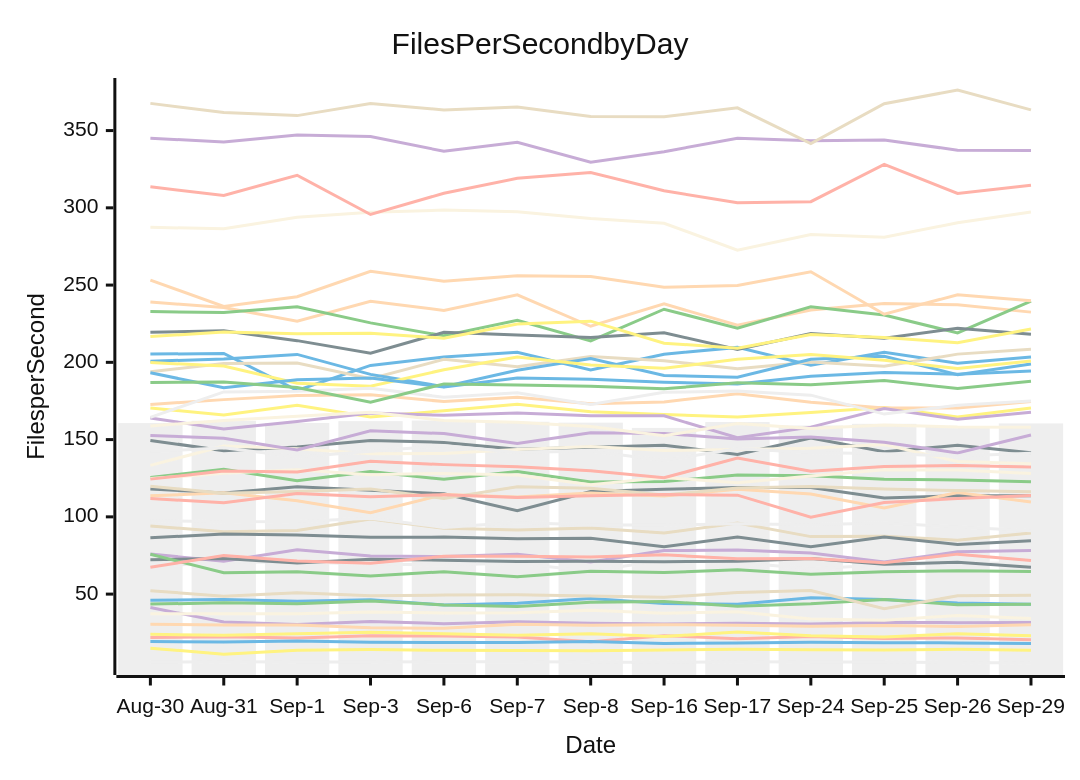
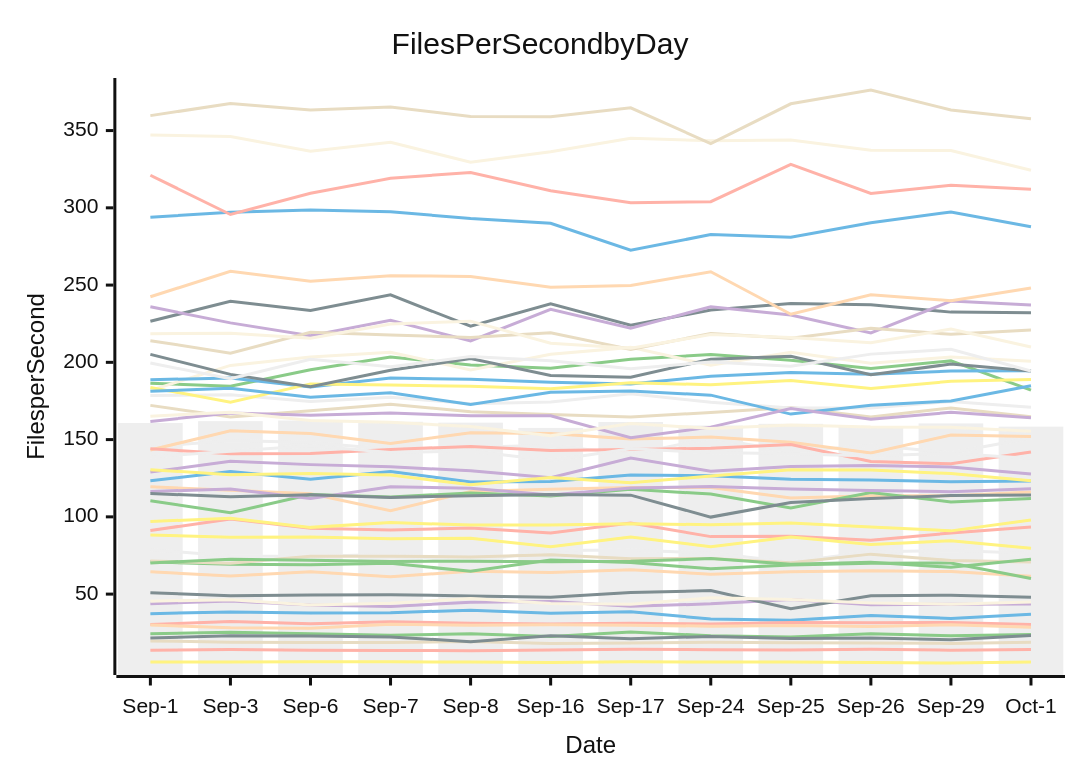
One commit to streetsidesoftware/cspell changed the diagram in perf-report.md. Above: the diagram before and after it, drawn with Mermaid (neutral theme). The commit also changed other lines of this file and 1 other file, not shown here.

````diff
--- a/perf-report.md
+++ b/perf-report.md
@@ -10,57 +10,57 @@
 ```mermaid
 xychart-beta
     title Files Per Second by Day
     y-axis Files per Second
-    x-axis Date [Aug-30, Aug-31, Sep-1, Sep-3, Sep-6, Sep-7, Sep-8, Sep-16, Sep-17, Sep-24, Sep-25, Sep-26, Sep-29]
-    bar [160.67, 162.16, 160.72, 161.93, 162.34, 161.56, 160.97, 157.55, 161.35, 159.12, 160.20, 158.85, 160.46]
-    line [46.05, 46.44, 45.45, 46.41, 42.91, 44.10, 47.18, 43.88, 43.41, 47.56, 46.43, 44.28, 43.43]
-    line [43.55, 44.33, 43.81, 45.60, 43.01, 41.97, 44.80, 45.26, 42.13, 43.68, 46.57, 43.13, 43.45]
-    line [41.27, 31.95, 30.26, 32.20, 30.88, 32.09, 31.08, 30.60, 31.19, 30.72, 31.67, 31.52, 31.59]
-    line [52.21, 48.60, 50.89, 48.97, 49.35, 49.58, 48.85, 47.97, 51.02, 52.29, 40.48, 48.89, 49.28]
-    line [21.90, 22.46, 21.60, 23.03, 22.85, 22.27, 19.18, 23.11, 21.10, 22.62, 21.27, 21.60, 20.47]
-    line [15.00, 11.10, 13.64, 14.09, 13.63, 13.57, 13.40, 13.81, 14.35, 14.04, 13.83, 14.23, 13.74]
-    line [118.01, 115.40, 119.50, 117.17, 114.93, 104.04, 116.42, 117.89, 118.96, 119.04, 112.27, 113.64, 113.59]
-    line [113.59, 115.52, 110.36, 102.65, 114.46, 112.83, 115.47, 113.56, 117.79, 114.76, 105.80, 115.76, 109.67]
-    line [287.37, 286.48, 293.90, 297.13, 298.52, 297.48, 293.09, 290.03, 272.63, 282.67, 280.96, 290.36, 297.31]
-    line [68.00, 70.47, 70.89, 69.29, 68.94, 69.89, 64.77, 72.12, 70.50, 66.34, 68.88, 70.01, 70.14]
-    line [19.29, 19.08, 19.71, 18.88, 18.65, 18.65, 19.33, 18.07, 18.42, 18.78, 18.52, 18.42, 18.07]
-    line [125.51, 130.73, 123.39, 129.29, 124.27, 129.39, 122.55, 122.88, 127.08, 126.63, 124.32, 123.86, 122.76]
-    line [75.97, 71.20, 78.69, 74.68, 74.33, 75.84, 70.78, 78.20, 78.52, 76.56, 70.74, 77.36, 78.18]
-    line [94.03, 90.40, 91.22, 98.55, 92.55, 91.52, 92.79, 89.51, 95.95, 87.21, 87.42, 84.85, 89.53]
-    line [313.60, 308.04, 321.08, 295.70, 309.43, 319.09, 322.91, 311.02, 303.26, 304.00, 328.11, 309.34, 314.63]
-    line [170.42, 165.85, 172.14, 164.57, 168.71, 172.84, 167.97, 166.22, 164.57, 167.61, 170.71, 164.68, 170.44]
-    line [72.24, 73.05, 70.19, 72.55, 71.94, 71.15, 71.34, 71.01, 71.23, 73.00, 69.32, 70.55, 67.39]
-    line [239.06, 235.45, 226.56, 239.54, 233.61, 243.66, 223.35, 237.82, 223.98, 233.86, 238.09, 237.21, 232.50]
-    line [37.24, 37.32, 37.33, 38.42, 37.82, 37.98, 39.62, 37.64, 38.51, 33.90, 33.12, 36.15, 34.22]
-    line [97.65, 96.80, 96.99, 99.11, 93.19, 96.28, 94.70, 94.66, 95.59, 94.92, 96.04, 93.49, 90.93]
-    line [205.32, 205.73, 181.85, 198.01, 203.39, 206.55, 195.11, 205.27, 209.68, 198.18, 206.47, 199.39, 203.39]
-    line [75.82, 63.83, 64.49, 61.65, 64.50, 61.26, 64.86, 63.96, 65.83, 62.91, 64.44, 65.18, 64.56]
-    line [345.07, 342.66, 347.17, 346.14, 336.60, 342.41, 329.55, 336.36, 345.01, 343.35, 343.97, 337.30, 337.13]
-    line [193.96, 199.31, 199.53, 189.39, 201.97, 197.12, 203.70, 201.07, 195.90, 200.29, 197.49, 205.32, 208.45]
-    line [67.44, 74.93, 71.42, 69.97, 74.43, 74.58, 74.02, 75.50, 72.83, 73.03, 70.23, 75.87, 71.80]
-    line [23.95, 23.30, 24.27, 25.24, 24.42, 23.30, 24.35, 22.54, 25.54, 23.00, 22.21, 24.38, 23.05]
-    line [149.48, 142.85, 145.28, 149.46, 148.18, 143.83, 145.01, 146.41, 140.36, 151.00, 142.17, 146.26, 141.54]
-    line [172.74, 175.87, 178.56, 179.08, 174.59, 177.44, 173.15, 174.36, 179.74, 174.18, 170.43, 170.45, 174.63]
-    line [124.76, 128.19, 130.51, 127.29, 128.13, 127.03, 120.72, 125.41, 122.07, 126.43, 130.53, 130.33, 127.99]
-    line [6.04, 6.23, 6.06, 6.09, 6.20, 6.14, 6.11, 5.78, 6.14, 6.07, 5.98, 5.68, 5.41]
-    line [200.77, 202.09, 205.14, 192.22, 184.22, 194.88, 202.40, 191.56, 190.37, 202.02, 203.87, 192.01, 198.88]
-    line [232.86, 232.26, 235.92, 225.53, 217.15, 227.16, 213.82, 234.37, 222.15, 235.99, 230.67, 219.04, 239.66]
-    line [163.99, 156.90, 161.76, 167.23, 165.73, 167.27, 165.39, 165.37, 151.18, 158.06, 170.07, 163.11, 167.69]
-    line [119.80, 115.33, 116.38, 118.04, 111.85, 119.40, 118.51, 114.20, 118.71, 119.64, 118.05, 116.99, 116.24]
-    line [124.42, 129.63, 128.97, 135.94, 133.80, 132.37, 129.87, 125.28, 138.07, 129.51, 132.51, 133.16, 132.31]
-    line [199.85, 197.57, 186.50, 184.53, 195.23, 203.47, 198.25, 196.22, 201.98, 205.02, 201.39, 195.94, 200.94]
-    line [219.42, 220.41, 214.04, 205.97, 219.44, 217.73, 216.08, 219.15, 208.36, 218.68, 215.66, 222.06, 218.14]
-    line [30.45, 30.07, 29.95, 28.16, 27.92, 30.43, 29.89, 30.21, 29.92, 29.23, 29.70, 28.98, 30.17]
-    line [133.31, 145.80, 144.08, 140.79, 141.02, 143.66, 145.59, 142.94, 143.60, 144.39, 146.81, 135.80, 134.31]
-    line [164.43, 180.88, 181.23, 183.21, 177.43, 180.28, 172.77, 180.61, 181.38, 178.77, 166.50, 172.24, 175.00]
-    line [193.26, 183.54, 188.75, 189.86, 184.03, 189.81, 189.01, 187.14, 185.91, 190.99, 193.37, 192.37, 194.39]
-    line [186.94, 187.25, 183.77, 174.20, 186.05, 185.31, 184.47, 182.86, 186.84, 185.48, 188.32, 183.01, 187.77]
-    line [152.71, 150.80, 143.28, 155.69, 153.87, 147.46, 154.39, 153.96, 150.40, 151.64, 148.32, 141.41, 152.96]
-    line [367.60, 361.65, 359.68, 367.46, 363.32, 365.30, 359.11, 358.89, 364.75, 341.57, 367.34, 376.26, 363.37]
-    line [111.83, 109.19, 115.12, 112.97, 114.35, 112.51, 113.70, 114.44, 114.03, 99.84, 109.30, 111.81, 113.74]
-    line [216.69, 219.64, 218.57, 218.78, 215.63, 224.82, 226.65, 212.42, 209.15, 217.97, 216.10, 212.71, 221.60]
-    line [86.47, 88.91, 88.27, 86.74, 86.90, 85.78, 86.18, 80.59, 86.98, 80.71, 87.03, 82.08, 84.54]
-    line [253.25, 236.21, 242.44, 258.87, 252.44, 256.07, 255.58, 248.63, 249.79, 258.60, 231.14, 243.74, 239.90]
-    line [158.84, 162.35, 165.15, 167.75, 162.42, 161.26, 158.45, 152.45, 160.47, 157.19, 159.48, 158.08, 158.04]
-    line [142.25, 144.70, 138.76, 142.53, 146.03, 141.67, 142.57, 136.52, 144.05, 141.65, 140.89, 139.38, 141.22]
+    x-axis Date [Sep-1, Sep-3, Sep-6, Sep-7, Sep-8, Sep-16, Sep-17, Sep-24, Sep-25, Sep-26, Sep-29, Oct-1]
+    bar [160.72, 161.93, 162.34, 161.56, 160.97, 157.55, 161.35, 159.12, 160.20, 158.85, 160.46, 158.39]
+    line [37.33, 38.42, 37.82, 37.98, 39.62, 37.64, 38.51, 33.90, 33.12, 36.15, 34.22, 36.96]
+    line [24.27, 25.24, 24.42, 23.30, 24.35, 22.54, 25.54, 23.00, 22.21, 24.38, 23.05, 23.78]
+    line [43.81, 45.60, 43.01, 41.97, 44.80, 45.26, 42.13, 43.68, 46.57, 43.13, 43.45, 43.56]
+    line [19.71, 18.88, 18.65, 18.65, 19.33, 18.07, 18.42, 18.78, 18.52, 18.42, 18.07, 18.84]
+    line [30.26, 32.20, 30.88, 32.09, 31.08, 30.60, 31.19, 30.72, 31.67, 31.52, 31.59, 30.27]
+    line [6.06, 6.09, 6.20, 6.14, 6.11, 5.78, 6.14, 6.07, 5.98, 5.68, 5.41, 6.13]
+    line [50.89, 48.97, 49.35, 49.58, 48.85, 47.97, 51.02, 52.29, 40.48, 48.89, 49.28, 48.03]
+    line [64.49, 61.65, 64.50, 61.26, 64.86, 63.96, 65.83, 62.91, 64.44, 65.18, 64.56, 61.54]
+    line [45.45, 46.41, 42.91, 44.10, 47.18, 43.88, 43.41, 47.56, 46.43, 44.28, 43.43, 44.86]
+    line [78.69, 74.68, 74.33, 75.84, 70.78, 78.20, 78.52, 76.56, 70.74, 77.36, 78.18, 76.48]
+    line [123.39, 129.29, 124.27, 129.39, 122.55, 122.88, 127.08, 126.63, 124.32, 123.86, 122.76, 123.28]
+    line [70.89, 69.29, 68.94, 69.89, 64.77, 72.12, 70.50, 66.34, 68.88, 70.01, 70.14, 60.12]
+    line [128.97, 135.94, 133.80, 132.37, 129.87, 125.28, 138.07, 129.51, 132.51, 133.16, 132.31, 127.71]
+    line [71.42, 69.97, 74.43, 74.58, 74.02, 75.50, 72.83, 73.03, 70.23, 75.87, 71.80, 70.72]
+    line [91.22, 98.55, 92.55, 91.52, 92.79, 89.51, 95.95, 87.21, 87.42, 84.85, 89.53, 93.42]
+    line [96.99, 99.11, 93.19, 96.28, 94.70, 94.66, 95.59, 94.92, 96.04, 93.49, 90.93, 97.95]
+    line [226.56, 239.54, 233.61, 243.66, 223.35, 237.82, 223.98, 233.86, 238.09, 237.21, 232.50, 232.11]
+    line [119.50, 117.17, 114.93, 104.04, 116.42, 117.89, 118.96, 119.04, 112.27, 113.64, 113.59, 116.09]
+    line [347.17, 346.14, 336.60, 342.41, 329.55, 336.36, 345.01, 343.35, 343.97, 337.30, 337.13, 324.33]
+    line [145.28, 149.46, 148.18, 143.83, 145.01, 146.41, 140.36, 151.00, 142.17, 146.26, 141.54, 151.06]
+    line [293.90, 297.13, 298.52, 297.48, 293.09, 290.03, 272.63, 282.67, 280.96, 290.36, 297.31, 287.70]
+    line [186.50, 184.53, 195.23, 203.47, 198.25, 196.22, 201.98, 205.02, 201.39, 195.94, 200.94, 182.01]
+    line [235.92, 225.53, 217.15, 227.16, 213.82, 234.37, 222.15, 235.99, 230.67, 219.04, 239.66, 237.13]
+    line [172.14, 164.57, 168.71, 172.84, 167.97, 166.22, 164.57, 167.61, 170.71, 164.68, 170.44, 164.78]
+    line [13.64, 14.09, 13.63, 13.57, 13.40, 13.81, 14.35, 14.04, 13.83, 14.23, 13.74, 14.16]
+    line [130.51, 127.29, 128.13, 127.03, 120.72, 125.41, 122.07, 126.43, 130.53, 130.33, 127.99, 123.29]
+    line [21.60, 23.03, 22.85, 22.27, 19.18, 23.11, 21.10, 22.62, 21.27, 21.60, 20.47, 23.15]
+    line [29.95, 28.16, 27.92, 30.43, 29.89, 30.21, 29.92, 29.23, 29.70, 28.98, 30.17, 28.47]
+    line [181.85, 198.01, 203.39, 206.55, 195.11, 205.27, 209.68, 198.18, 206.47, 199.39, 203.39, 200.71]
+    line [178.56, 179.08, 174.59, 177.44, 173.15, 174.36, 179.74, 174.18, 170.43, 170.45, 174.63, 171.01]
+    line [188.75, 189.86, 184.03, 189.81, 189.01, 187.14, 185.91, 190.99, 193.37, 192.37, 194.39, 194.56]
+    line [110.36, 102.65, 114.46, 112.83, 115.47, 113.56, 117.79, 114.76, 105.80, 115.76, 109.67, 111.90]
+    line [116.38, 118.04, 111.85, 119.40, 118.51, 114.20, 118.71, 119.64, 118.05, 116.99, 116.24, 118.21]
+    line [214.04, 205.97, 219.44, 217.73, 216.08, 219.15, 208.36, 218.68, 215.66, 222.06, 218.14, 220.86]
+    line [321.08, 295.70, 309.43, 319.09, 322.91, 311.02, 303.26, 304.00, 328.11, 309.34, 314.63, 312.02]
+    line [183.77, 174.20, 186.05, 185.31, 184.47, 182.86, 186.84, 185.48, 188.32, 183.01, 187.77, 188.86]
+    line [205.14, 192.22, 184.22, 194.88, 202.40, 191.56, 190.37, 202.02, 203.87, 192.01, 198.88, 194.40]
+    line [143.28, 155.69, 153.87, 147.46, 154.39, 153.96, 150.40, 151.64, 148.32, 141.41, 152.96, 152.03]
+    line [218.57, 218.78, 215.63, 224.82, 226.65, 212.42, 209.15, 217.97, 216.10, 212.71, 221.60, 209.93]
+    line [199.53, 189.39, 201.97, 197.12, 203.70, 201.07, 195.90, 200.29, 197.49, 205.32, 208.45, 194.43]
+    line [181.23, 183.21, 177.43, 180.28, 172.77, 180.61, 181.38, 178.77, 166.50, 172.24, 175.00, 184.90]
+    line [70.19, 72.55, 71.94, 71.15, 71.34, 71.01, 71.23, 73.00, 69.32, 70.55, 67.39, 72.58]
+    line [161.76, 167.23, 165.73, 167.27, 165.39, 165.37, 151.18, 158.06, 170.07, 163.11, 167.69, 164.15]
+    line [359.68, 367.46, 363.32, 365.30, 359.11, 358.89, 364.75, 341.57, 367.34, 376.26, 363.37, 357.71]
+    line [144.08, 140.79, 141.02, 143.66, 145.59, 142.94, 143.60, 144.39, 146.81, 135.80, 134.31, 141.94]
+    line [88.27, 86.74, 86.90, 85.78, 86.18, 80.59, 86.98, 80.71, 87.03, 82.08, 84.54, 79.68]
+    line [115.12, 112.97, 114.35, 112.51, 113.70, 114.44, 114.03, 99.84, 109.30, 111.81, 113.74, 114.12]
+    line [242.44, 258.87, 252.44, 256.07, 255.58, 248.63, 249.79, 258.60, 231.14, 243.74, 239.90, 248.14]
+    line [165.15, 167.75, 162.42, 161.26, 158.45, 152.45, 160.47, 157.19, 159.48, 158.08, 158.04, 155.35]
+    line [138.76, 142.53, 146.03, 141.67, 142.57, 136.52, 144.05, 141.65, 140.89, 139.38, 141.22, 137.71]
 ```
````
